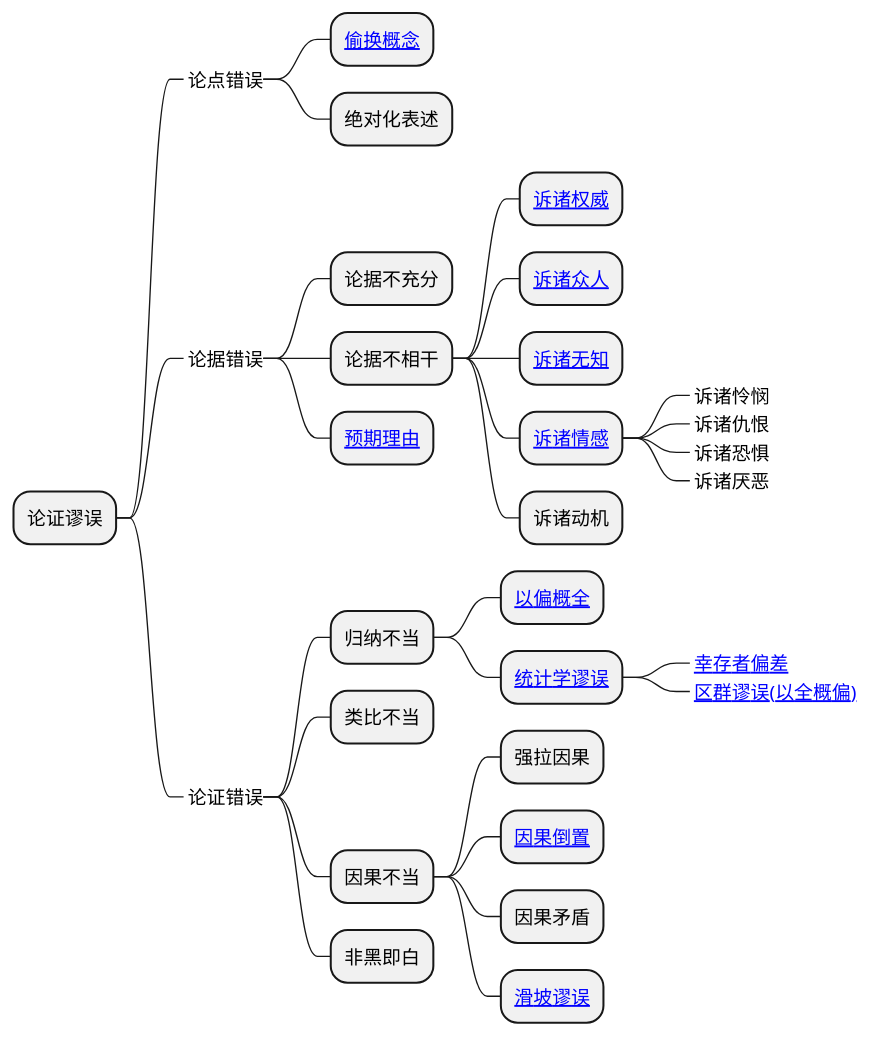
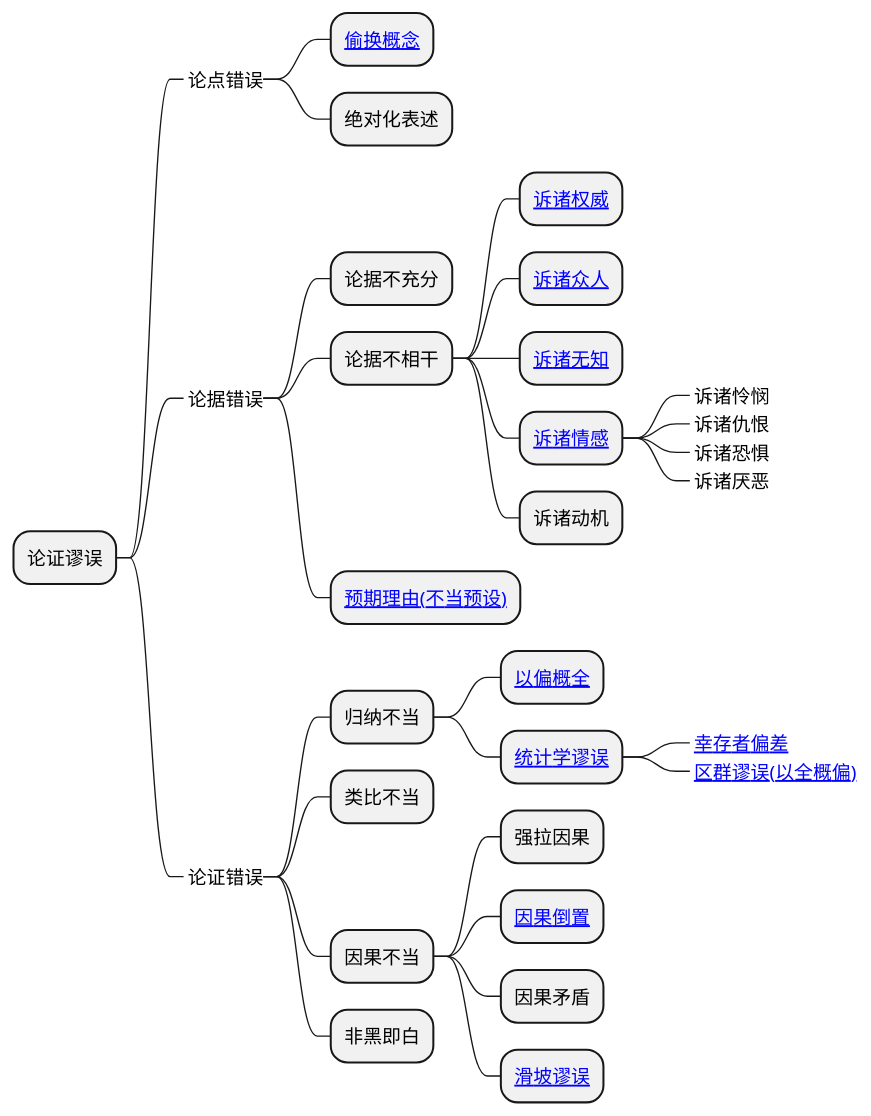
Before and after one commit to holmofy/blog.hufeifei.cn: the sixth of 6 diagrams in source/_posts/logic/logic.md, drawn with PlantUML.

````diff
--- a/source/_posts/logic/logic.md
+++ b/source/_posts/logic/logic.md
@@ -174,34 +174,34 @@
 ```plantuml
 @startmindmap
 * 论证谬误
 **_ 论点错误
 *** [[https://baike.baidu.com/item/偷换概念/6714008 偷换概念]]
 *** 绝对化表述
 **_ 论据错误
 *** 论据不充分
 *** 论据不相干
 **** [[https://baike.baidu.com/item/诉诸权威 诉诸权威]]
 **** [[https://baike.baidu.com/item/诉诸大众 诉诸众人]]
 **** [[https://baike.baidu.com/item/诉诸无知 诉诸无知]]
 **** [[https://baike.baidu.com/item/诉诸情感 诉诸情感]]
 *****_ 诉诸怜悯
 *****_ 诉诸仇恨
 *****_ 诉诸恐惧
 *****_ 诉诸厌恶
 **** 诉诸动机
-*** [[https://baike.baidu.com/item/预期理由 预期理由]]
+*** [[https://baike.baidu.com/item/预期理由 预期理由(不当预设)]]
 **_ 论证错误
 *** 归纳不当
 **** [[https://baike.baidu.com/item/以偏概全 以偏概全]]
 **** [[https://baike.baidu.com/item/统计陷阱/3778566 统计学谬误]]
 *****_ [[https://baike.baidu.com/item/幸存者偏差/10313799 幸存者偏差]]
 *****_ [[https://baike.baidu.com/item/区群谬误 区群谬误(以全概偏)]]
 *** 类比不当
 *** 因果不当
 **** 强拉因果
 **** [[https://baike.baidu.com/item/因果倒置 因果倒置]]
 **** 因果矛盾
 **** [[https://baike.baidu.com/item/滑坡谬误 滑坡谬误]]
 *** 非黑即白
 @endmindmap
 ```
````
